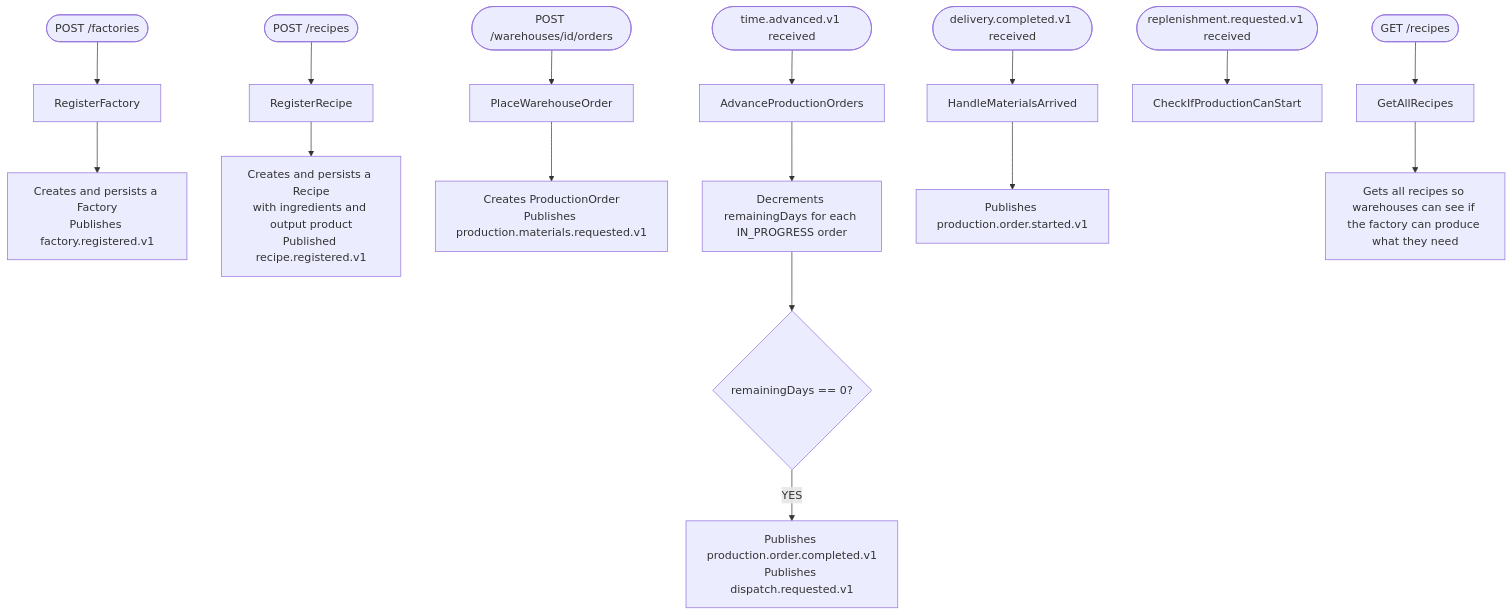
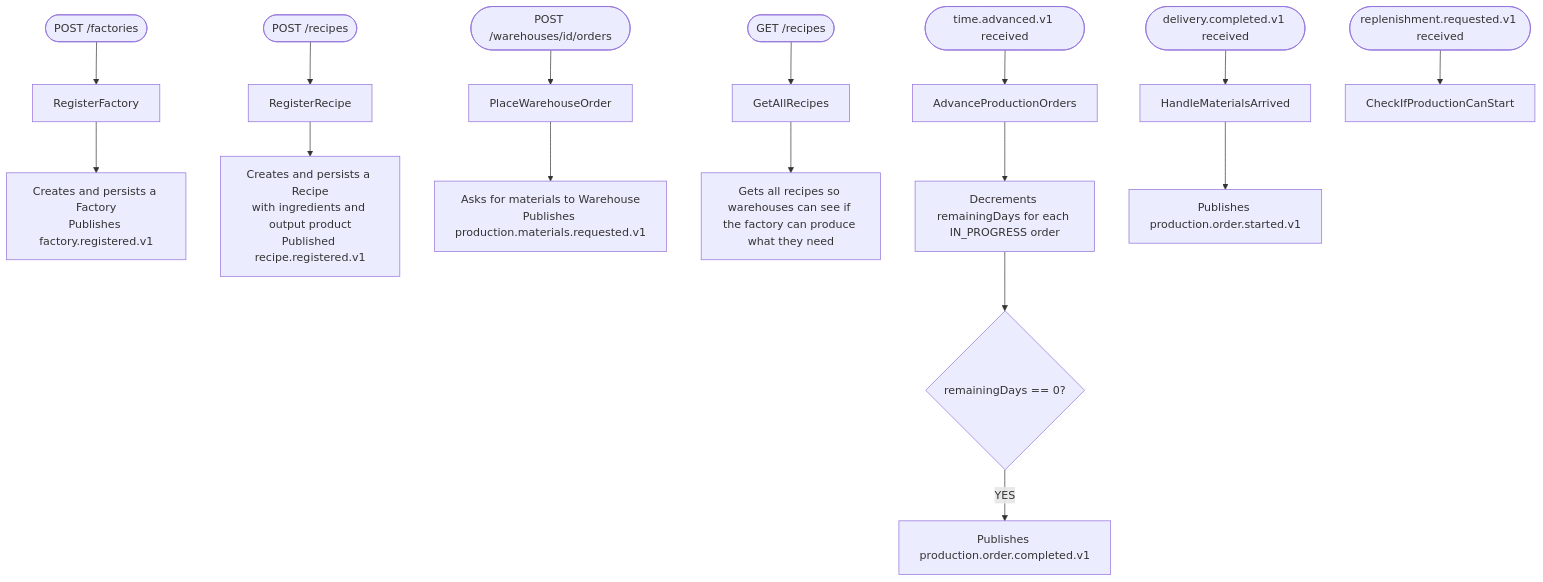
The second of 3 diagrams in production/ddd.md (PauLopNun/workshop-suministros), drawn with Mermaid before and after one commit.

Commit message:
fix: refactor use cases and event scheme

````diff
--- a/production/ddd.md
+++ b/production/ddd.md
@@ -163,18 +163,18 @@
 ```mermaid
 flowchart TD
     UC1([POST /factories]) --> A1[RegisterFactory]
     A1 --> A2[Creates and persists a Factory\nPublishes factory.registered.v1]
     UC2([POST /recipes]) --> B1[RegisterRecipe]
     B1 --> B2[Creates and persists a Recipe\nwith ingredients and output product\nPublished recipe.registered.v1]
     UC3([POST /warehouses/id/orders]) --> C1[PlaceWarehouseOrder]
-    C1 --> C2[Creates ProductionOrder\nPublishes production.materials.requested.v1]
-    UC4([time.advanced.v1 received]) --> D1[AdvanceProductionOrders]
-    D1 --> D2[Decrements remainingDays for each IN_PROGRESS order]
-    D2 --> D3{remainingDays == 0?}
-    D3 -->|YES| D4[Publishes production.order.completed.v1\nPublishes dispatch.requested.v1]
-    UC5([delivery.completed.v1 received]) --> E1[HandleMaterialsArrived]
-    E1 --> E2[Publishes production.order.started.v1]
-    UC6([replenishment.requested.v1 received]) --> F1[CheckIfProductionCanStart]
-    UC7([GET /recipes]) --> G1[GetAllRecipes]
-    G1 --> G2[Gets all recipes so warehouses can see if the factory can produce what they need]
+    C1 --> C2[Asks for materials to Warehouse\nPublishes production.materials.requested.v1]
+    UC4([GET /recipes]) --> D1[GetAllRecipes]
+    D1 --> D2[Gets all recipes so warehouses can see if the factory can produce what they need]
+    UC5([time.advanced.v1 received]) --> E1[AdvanceProductionOrders]
+    E1 --> E2[Decrements remainingDays for each IN_PROGRESS order]
+    E2 --> E3{remainingDays == 0?}
+    E3 -->|YES| E4[Publishes production.order.completed.v1]
+    UC6([delivery.completed.v1 received]) --> F1[HandleMaterialsArrived]
+    F1 --> F2[Publishes production.order.started.v1]
+    UC7([replenishment.requested.v1 received]) --> G1[CheckIfProductionCanStart]
 ```
````
